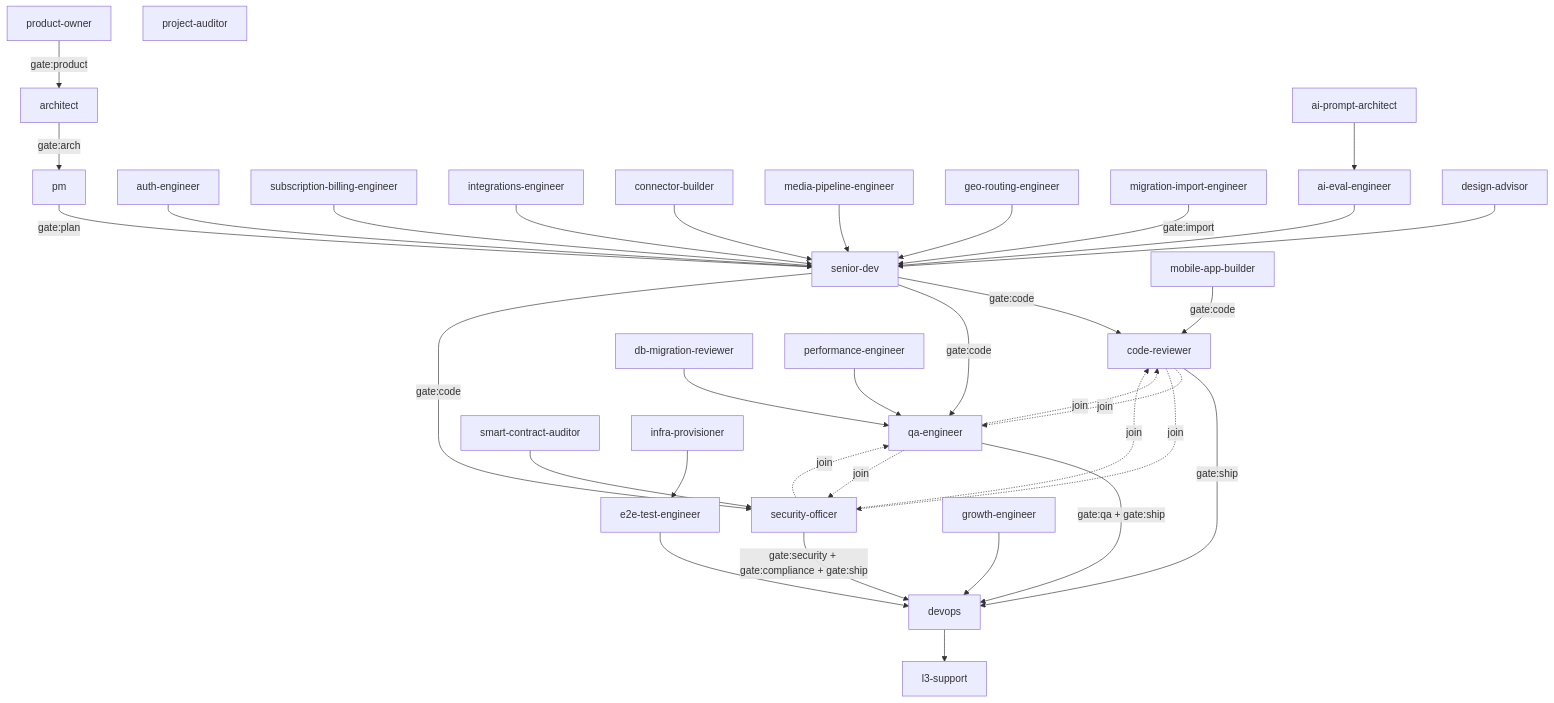
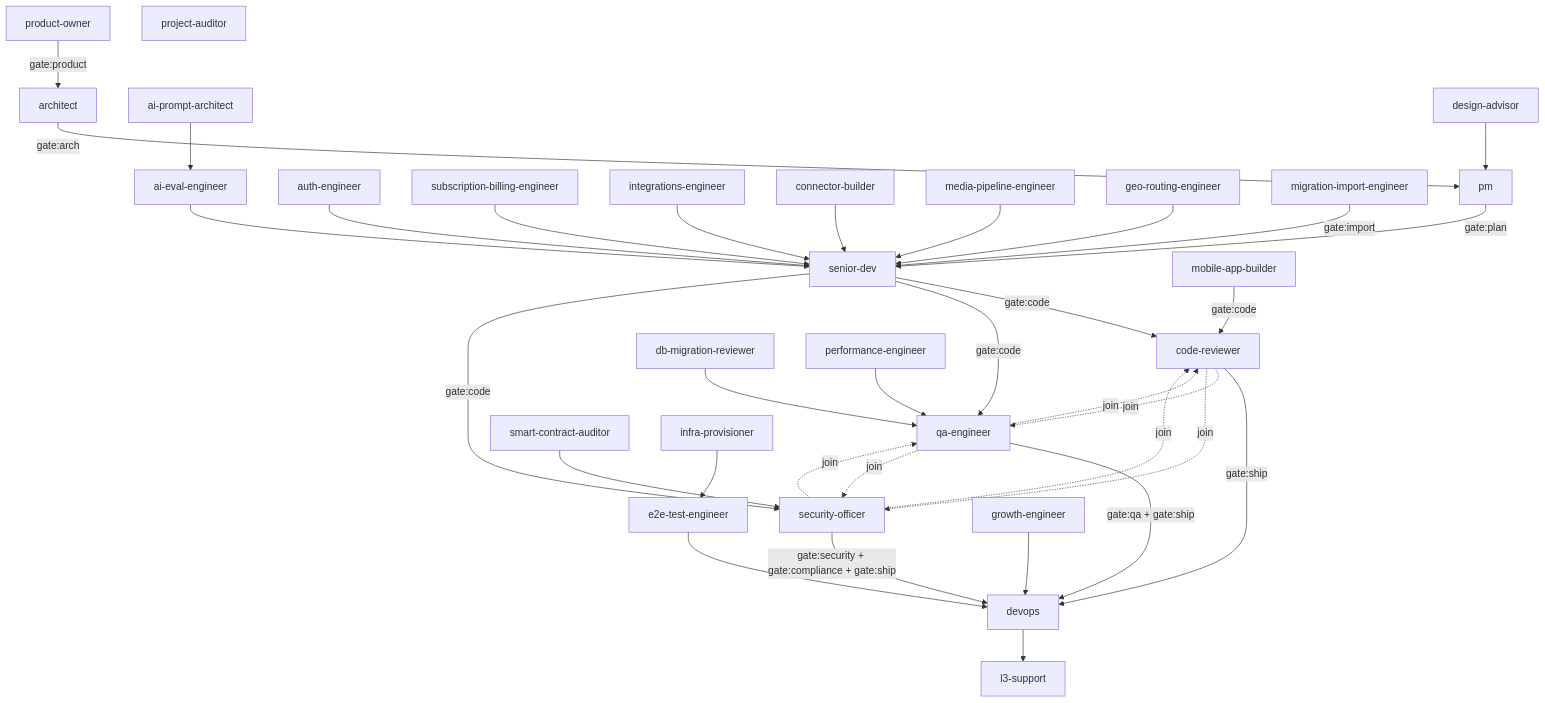
The second of 2 diagrams in docs/reference/architecture-map.md (avelikiy/great_cto), drawn with Mermaid before and after one commit. The commit also changed 9 other files, not shown here.

````diff
--- a/docs/reference/architecture-map.md
+++ b/docs/reference/architecture-map.md
@@ -56,63 +56,63 @@
 ```mermaid
 flowchart TD
   product_owner["product-owner"]
   architect["architect"]
   product_owner -->|gate:product| architect
   pm["pm"]
   architect -->|gate:arch| pm
   senior_dev["senior-dev"]
   pm -->|gate:plan| senior_dev
   code_reviewer["code-reviewer"]
   senior_dev -->|gate:code| code_reviewer
   qa_engineer["qa-engineer"]
   senior_dev -->|gate:code| qa_engineer
   security_officer["security-officer"]
   senior_dev -->|gate:code| security_officer
   devops["devops"]
   code_reviewer -->|gate:ship| devops
   qa_engineer -.->|join| code_reviewer
   security_officer -.->|join| code_reviewer
   qa_engineer -->|gate:qa + gate:ship| devops
   security_officer -.->|join| qa_engineer
   code_reviewer -.->|join| qa_engineer
   security_officer -->|gate:security + gate:compliance + gate:ship| devops
   qa_engineer -.->|join| security_officer
   code_reviewer -.->|join| security_officer
   l3_support["l3-support"]
   devops --> l3_support
   project_auditor["project-auditor"]
   auth_engineer["auth-engineer"]
   auth_engineer --> senior_dev
   subscription_billing_engineer["subscription-billing-engineer"]
   subscription_billing_engineer --> senior_dev
   integrations_engineer["integrations-engineer"]
   integrations_engineer --> senior_dev
   connector_builder["connector-builder"]
   connector_builder --> senior_dev
   media_pipeline_engineer["media-pipeline-engineer"]
   media_pipeline_engineer --> senior_dev
   geo_routing_engineer["geo-routing-engineer"]
   geo_routing_engineer --> senior_dev
   mobile_app_builder["mobile-app-builder"]
   mobile_app_builder -->|gate:code| code_reviewer
   e2e_test_engineer["e2e-test-engineer"]
   e2e_test_engineer --> devops
   migration_import_engineer["migration-import-engineer"]
   migration_import_engineer -->|gate:import| senior_dev
   ai_prompt_architect["ai-prompt-architect"]
   ai_eval_engineer["ai-eval-engineer"]
   ai_prompt_architect --> ai_eval_engineer
   ai_eval_engineer --> senior_dev
   db_migration_reviewer["db-migration-reviewer"]
   db_migration_reviewer --> qa_engineer
   design_advisor["design-advisor"]
-  design_advisor --> senior_dev
+  design_advisor --> pm
   smart_contract_auditor["smart-contract-auditor"]
   smart_contract_auditor --> security_officer
   performance_engineer["performance-engineer"]
   performance_engineer --> qa_engineer
   infra_provisioner["infra-provisioner"]
   infra_provisioner --> e2e_test_engineer
   growth_engineer["growth-engineer"]
   growth_engineer --> devops
 ```
````
